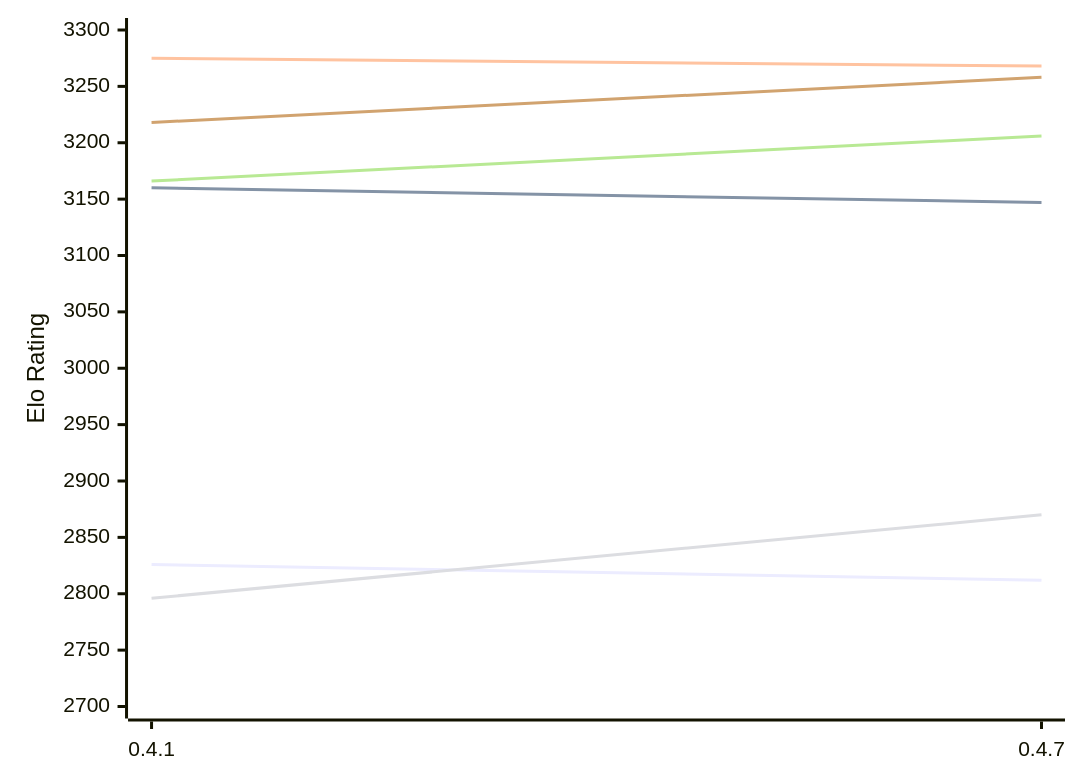
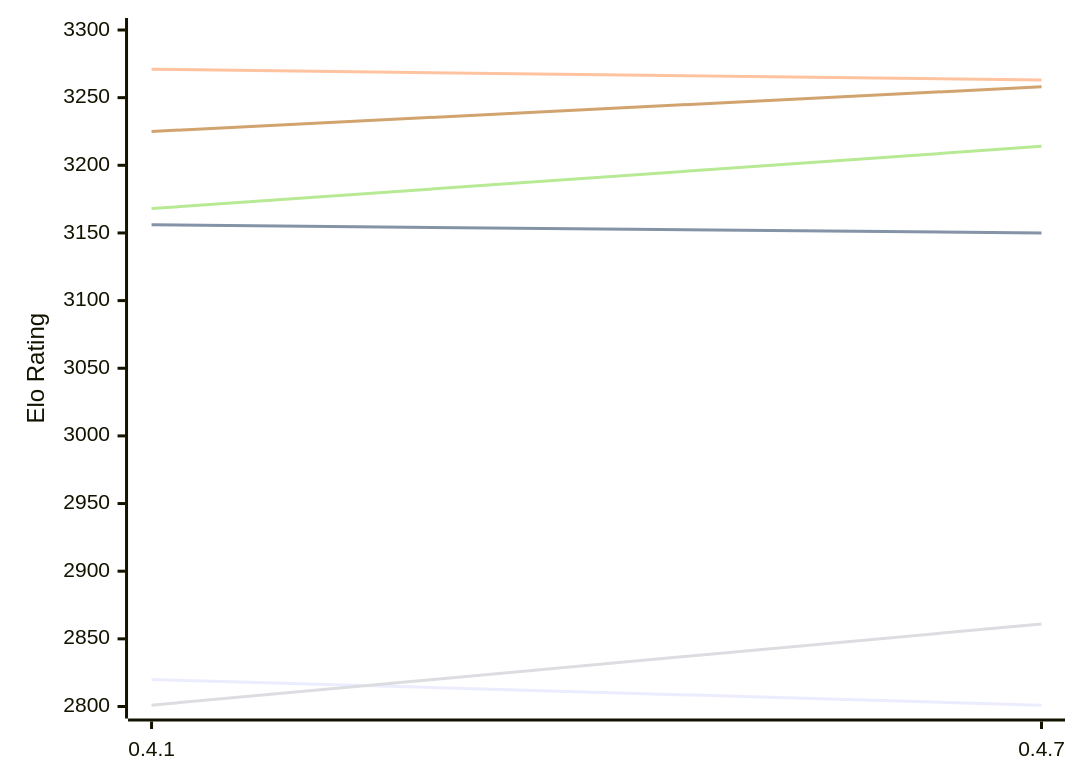
Before and after one commit to computer-chess-index/cci: the diagram in engines/Arabica.md, drawn with Mermaid. The commit also changed other lines of this file, not shown here.

Commit message:
Update CCI Ratings (ELO VLTC) - 2026-11-21

````diff
--- a/engines/Arabica.md
+++ b/engines/Arabica.md
@@ -49,12 +49,12 @@
 ```mermaid
 %%{init: {"theme":"base","themeVariables":{"seriesColors:['#a3a3a3','#222221','#faa371']}}}%%
 xychart-beta
   x-axis ["0.4.1", "0.4.7"]
-  y-axis "Elo Rating" 2700 --> 3300
-  line "E1: STC (8.0+0.08s)" [2826, 2812]
-  line "E1: LTC (60.0+0.60s)" [3160, 3147]
-  line "E1: VLTC (2m24s+1.12s)" [3275, 3268]
-  line "P1: STC (8.0+0.08s)" [2796, 2870]
-  line "P1: LTC (60.0+0.60s)" [3166, 3206]
-  line "P1: VLTC (2m24s+1.12s)" [3218, 3258]
+  y-axis "Elo Rating" 2800 --> 3300
+  line "E1: STC (8.0+0.08s)" [2820, 2801]
+  line "E1: LTC (60.0+0.60s)" [3156, 3150]
+  line "E1: VLTC (2m24s+1.12s)" [3271, 3263]
+  line "P1: STC (8.0+0.08s)" [2801, 2861]
+  line "P1: LTC (60.0+0.60s)" [3168, 3214]
+  line "P1: VLTC (2m24s+1.12s)" [3225, 3258]
 ```
````
